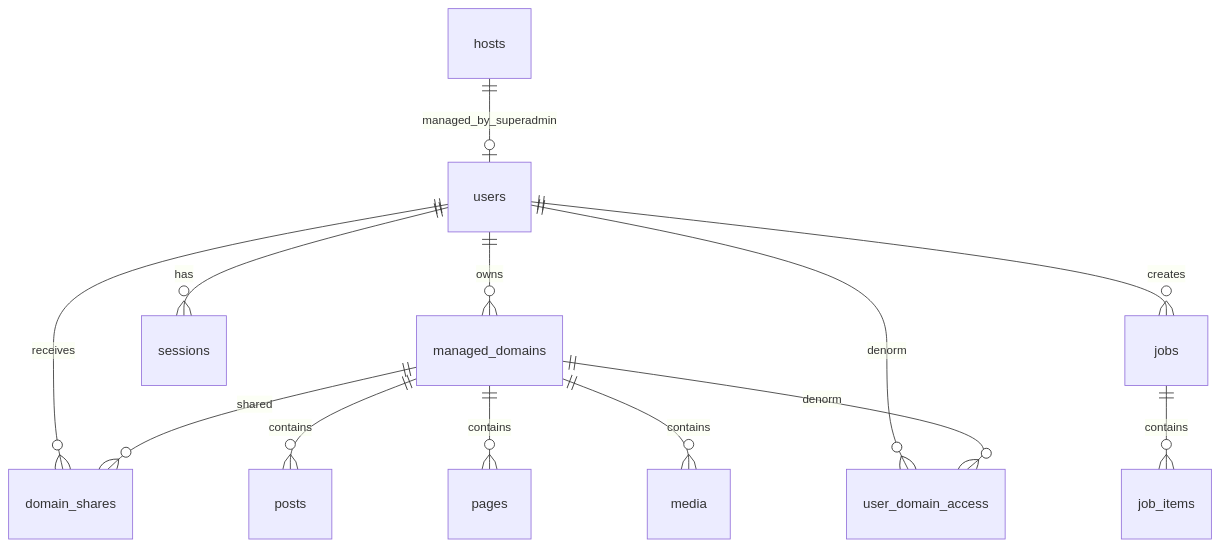
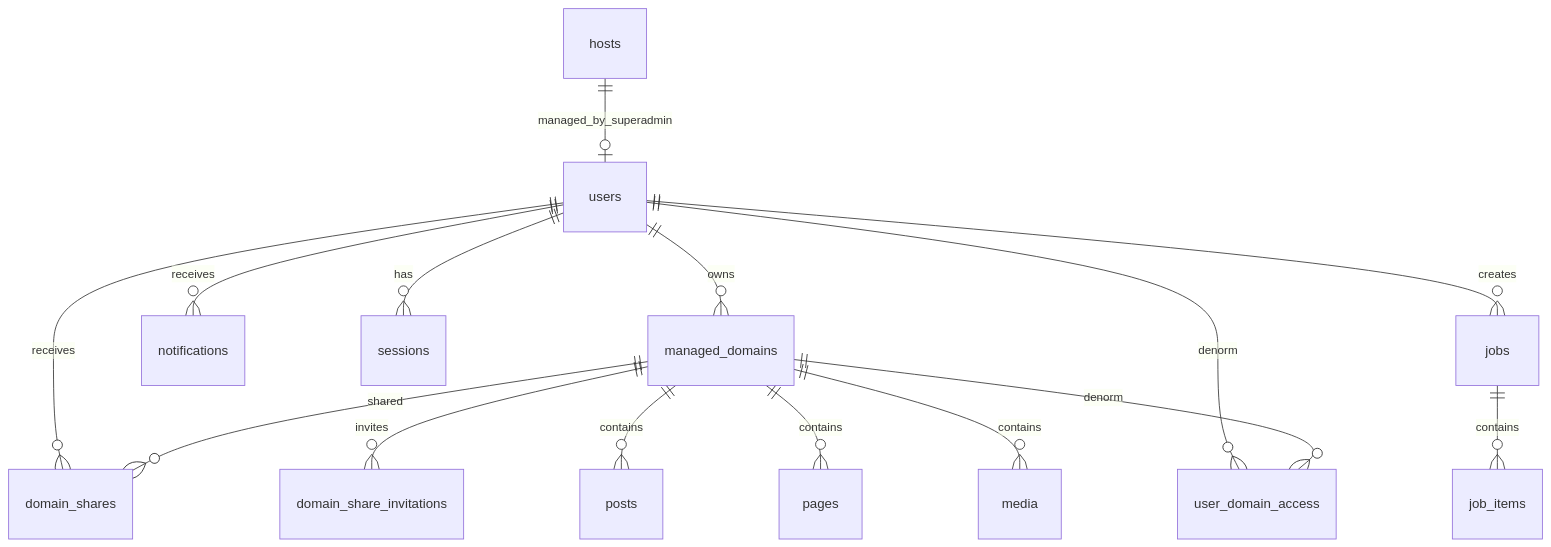
One commit to WBetEngine/Seosementara changed the diagram in Plan/10-database-postgresql.md. Above: the diagram before and after it, drawn with Mermaid. The commit also changed other lines of this file and 6 other files, not shown here.

````diff
--- a/Plan/10-database-postgresql.md
+++ b/Plan/10-database-postgresql.md
@@ -46,15 +46,17 @@
 ```mermaid
 erDiagram
   users ||--o{ managed_domains : owns
   users ||--o{ domain_shares : receives
   managed_domains ||--o{ domain_shares : shared
+  managed_domains ||--o{ domain_share_invitations : invites
+  users ||--o{ notifications : receives
   managed_domains ||--o{ posts : contains
   managed_domains ||--o{ pages : contains
   managed_domains ||--o{ media : contains
   users ||--o{ sessions : has
   users ||--o{ jobs : creates
   jobs ||--o{ job_items : contains
   hosts ||--o| users : managed_by_superadmin
   users ||--o{ user_domain_access : denorm
   managed_domains ||--o{ user_domain_access : denorm
 ```
````
